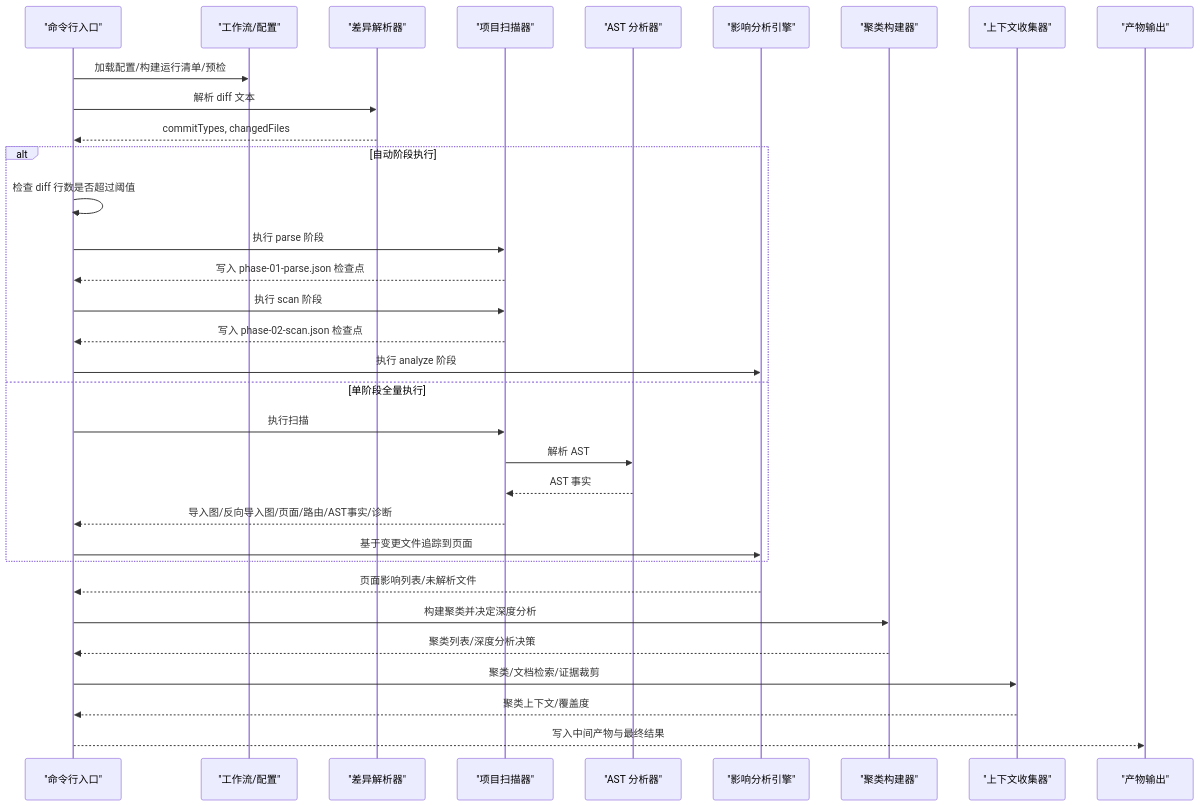
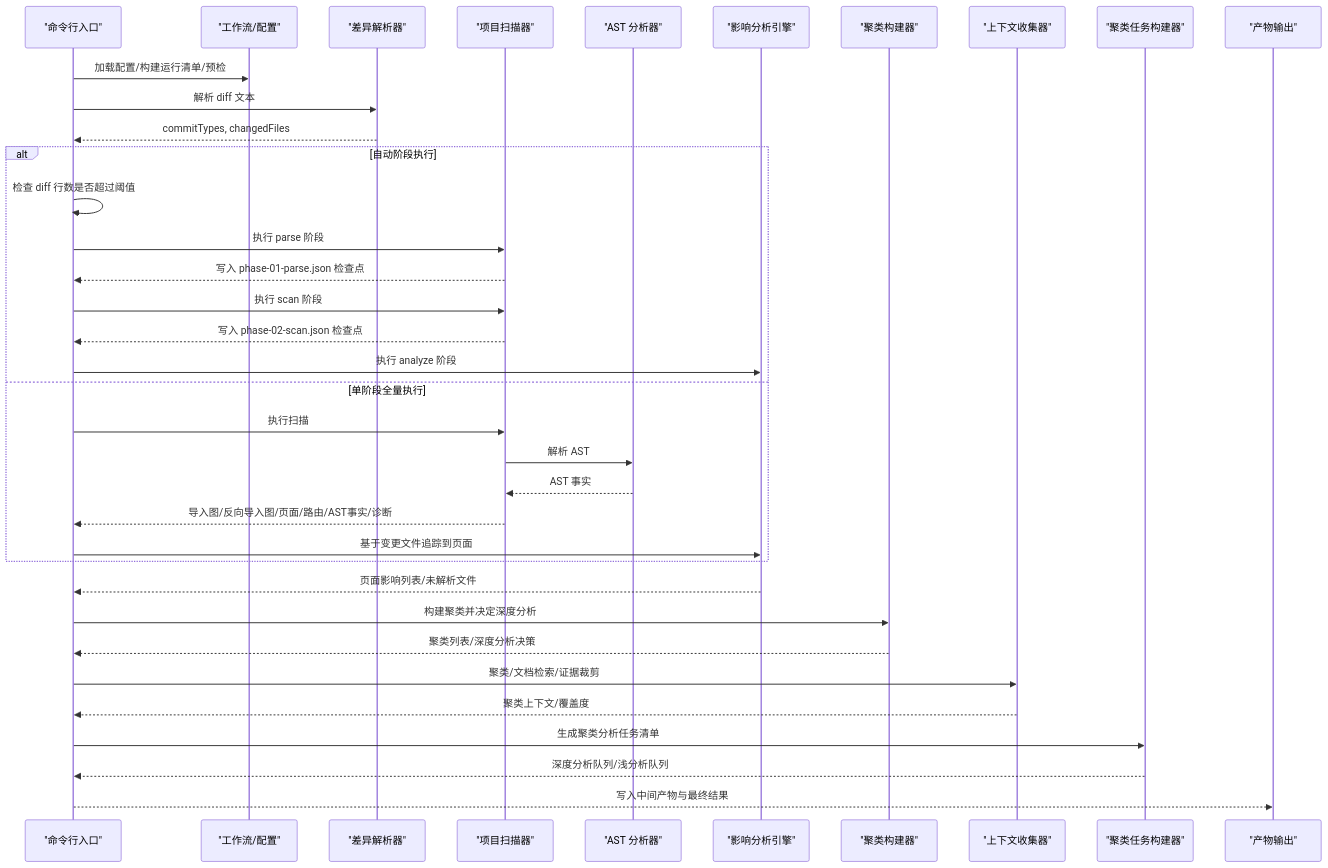
One commit to brand-new-remo/frontend-impact-analyzer changed the second of 13 diagrams in .qoder/repowiki/zh/content/高级用法/性能优化.md. Above: the diagram before and after it, drawn with Mermaid. The commit also changed other lines of this file and 7 other files, not shown here.

````diff
--- a/.qoder/repowiki/zh/content/高级用法/性能优化.md
+++ b/.qoder/repowiki/zh/content/高级用法/性能优化.md
@@ -115,35 +121,38 @@
 ```mermaid
 sequenceDiagram
 participant CLI as "命令行入口"
 participant WF as "工作流/配置"
 participant DP as "差异解析器"
 participant PS as "项目扫描器"
 participant AST as "AST 分析器"
 participant IE as "影响分析引擎"
 participant CB as "聚类构建器"
 participant CC as "上下文收集器"
+participant CT as "聚类任务构建器"
 participant OUT as "产物输出"
 CLI->>WF : 加载配置/构建运行清单/预检
 CLI->>DP : 解析 diff 文本
 DP-->>CLI : commitTypes, changedFiles
 alt 自动阶段执行
 CLI->>CLI : 检查 diff 行数是否超过阈值
 CLI->>PS : 执行 parse 阶段
 PS-->>CLI : 写入 phase-01-parse.json 检查点
 CLI->>PS : 执行 scan 阶段
 PS-->>CLI : 写入 phase-02-scan.json 检查点
 CLI->>IE : 执行 analyze 阶段
 else 单阶段全量执行
 CLI->>PS : 执行扫描
 PS->>AST : 解析 AST
 AST-->>PS : AST 事实
 PS-->>CLI : 导入图/反向导入图/页面/路由/AST事实/诊断
 CLI->>IE : 基于变更文件追踪到页面
 end
 IE-->>CLI : 页面影响列表/未解析文件
 CLI->>CB : 构建聚类并决定深度分析
 CB-->>CLI : 聚类列表/深度分析决策
 CLI->>CC : 聚类/文档检索/证据裁剪
 CC-->>CLI : 聚类上下文/覆盖度
+CLI->>CT : 生成聚类分析任务清单
+CT-->>CLI : 深度分析队列/浅分析队列
 CLI-->>OUT : 写入中间产物与最终结果
 ```
````
